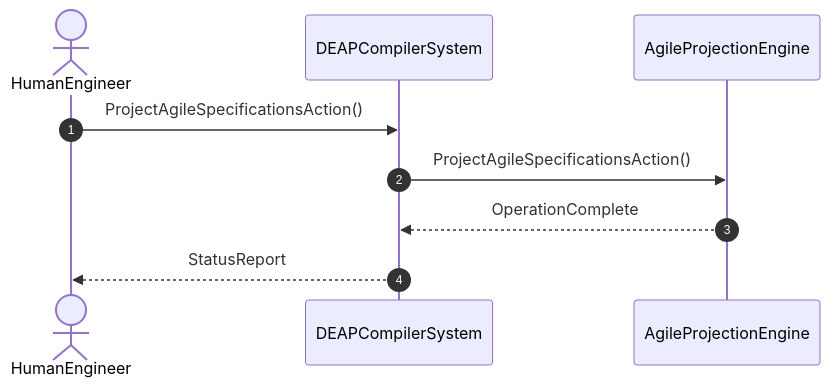
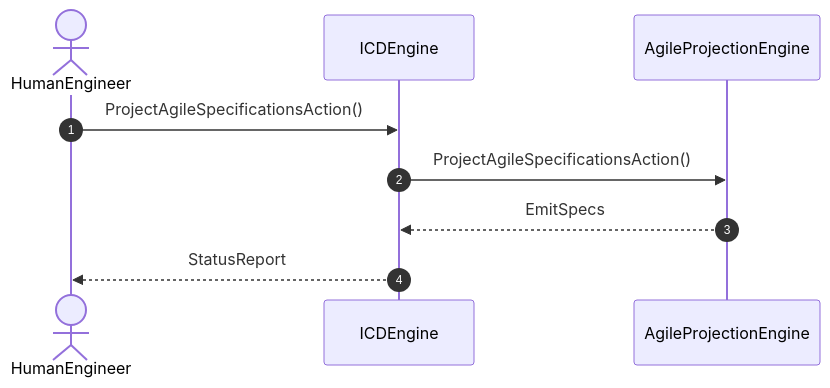
The diagram in docs/user-stories/US-09-ProjectAgileSpecificationsAction.md (gintatkinson/dumpiler-01), drawn with Mermaid before and after one commit. The commit also changed other lines of this file and 45 other files, not shown here.

````diff
--- a/docs/user-stories/US-09-ProjectAgileSpecificationsAction.md
+++ b/docs/user-stories/US-09-ProjectAgileSpecificationsAction.md
@@ -16,11 +16,11 @@
 ```mermaid
 sequenceDiagram
     autonumber
     actor HumanEngineer
-    participant DEAPCompilerSystem
+    participant ICDEngine
     participant AgileProjectionEngine
-    HumanEngineer->>DEAPCompilerSystem: ProjectAgileSpecificationsAction()
-    DEAPCompilerSystem->>AgileProjectionEngine: ProjectAgileSpecificationsAction()
-    AgileProjectionEngine-->>DEAPCompilerSystem: OperationComplete
-    DEAPCompilerSystem-->>HumanEngineer: StatusReport
+    HumanEngineer->>ICDEngine: ProjectAgileSpecificationsAction()
+    ICDEngine->>AgileProjectionEngine: ProjectAgileSpecificationsAction()
+    AgileProjectionEngine-->>ICDEngine: EmitSpecs
+    ICDEngine-->>HumanEngineer: StatusReport
 ```
````
